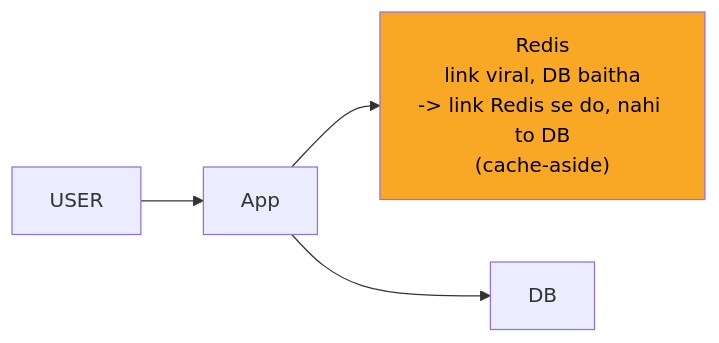
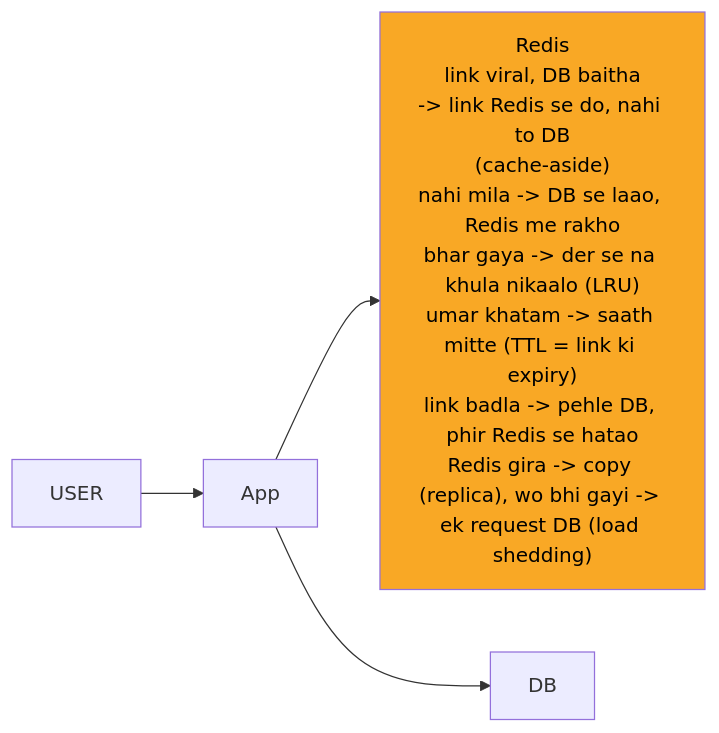
The second of 10 diagrams in 04_HLD/SYSTEM_DESIGNS/01_url_shortener/01_url_shortener.md (ArpanMaheshwari144/Prep), drawn with Mermaid before and after one commit. The commit also changed other lines of this file, not shown here.

Commit message:
url shortener: peele dabbe me SAFAR ke mod (diagram padhte hi sab mile)

````diff
--- a/04_HLD/SYSTEM_DESIGNS/01_url_shortener/01_url_shortener.md
+++ b/04_HLD/SYSTEM_DESIGNS/01_url_shortener/01_url_shortener.md
@@ -112,11 +112,11 @@
 ```mermaid
 flowchart LR
     n_USER["USER"]
     n_App["App"]
-    n_Redis["Redis<br/>link viral, DB baitha<br/>-> link Redis se do, nahi to DB<br/>(cache-aside)"]
+    n_Redis["Redis<br/>link viral, DB baitha<br/>-> link Redis se do, nahi to DB<br/>(cache-aside)<br/>nahi mila -> DB se laao, Redis me rakho<br/>bhar gaya -> der se na khula nikaalo (LRU)<br/>umar khatam -> saath mitte (TTL = link ki expiry)<br/>link badla -> pehle DB, phir Redis se hatao<br/>Redis gira -> copy (replica), wo bhi gayi -> ek request DB (load shedding)"]
     n_DB["DB"]
     n_USER --> n_App
     n_App --> n_Redis
     n_App --> n_DB
     style n_Redis fill:#f9a825,color:#000
 ```
````
